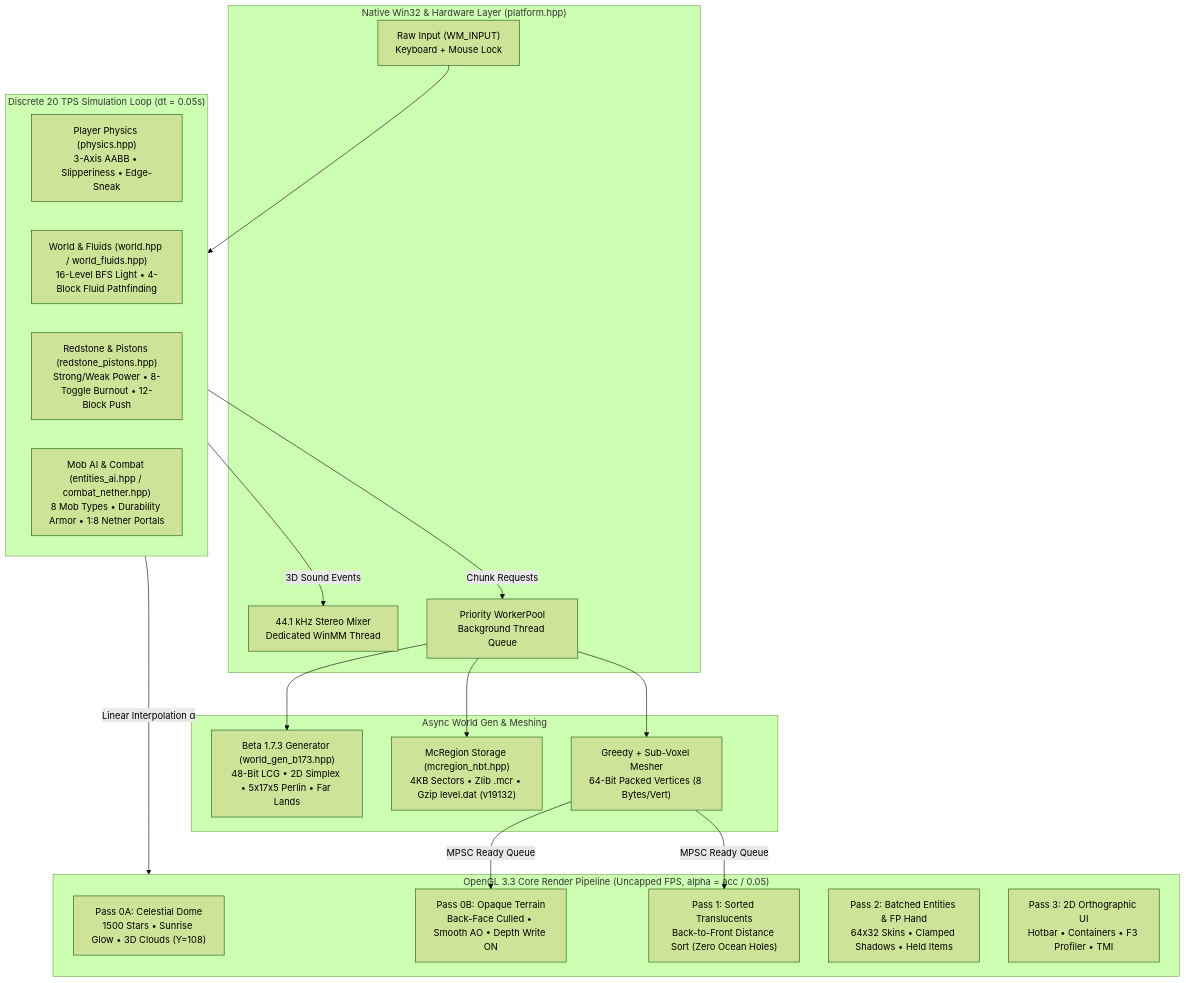
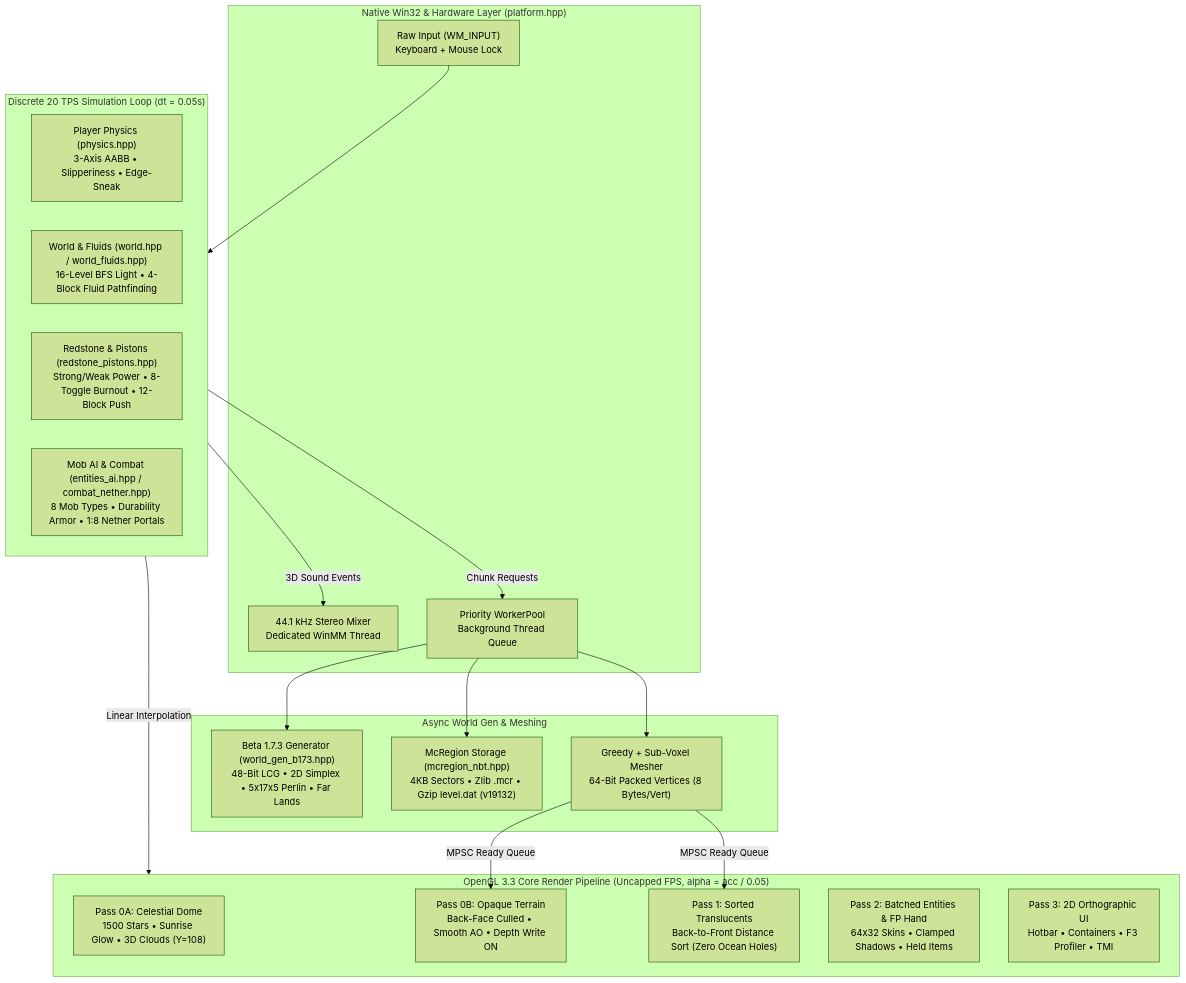
Before and after one commit to laaasoomaa279/MC-b173-Cpp-Engine: the first of 2 diagrams in README.md, drawn with Mermaid (forest theme).

Commit message:
Fix typo in Linear Interpolation description

````diff
--- a/README.md
+++ b/README.md
@@ -41,37 +41,37 @@
 ```mermaid
 flowchart TB
     subgraph WIN32[" Native Win32 & Hardware Layer (platform.hpp)"]
         INPUT[" Raw Input (WM_INPUT)\nKeyboard + Mouse Lock"]
         AUDIO[" 44.1 kHz Stereo Mixer\nDedicated WinMM Thread"]
         WPOOL[" Priority WorkerPool\nBackground Thread Queue"]
     end
 
     subgraph SIM[" Discrete 20 TPS Simulation Loop (dt = 0.05s)"]
         PHY[" Player Physics (physics.hpp)\n3-Axis AABB • Slipperiness • Edge-Sneak"]
         WLD[" World & Fluids (world.hpp / world_fluids.hpp)\n16-Level BFS Light • 4-Block Fluid Pathfinding"]
         RED[" Redstone & Pistons (redstone_pistons.hpp)\nStrong/Weak Power • 8-Toggle Burnout • 12-Block Push"]
         ENT[" Mob AI & Combat (entities_ai.hpp / combat_nether.hpp)\n8 Mob Types • Durability Armor • 1:8 Nether Portals"]
     end
 
     subgraph GEN[" Async World Gen & Meshing"]
         NOISE[" Beta 1.7.3 Generator (world_gen_b173.hpp)\n48-Bit LCG • 2D Simplex • 5x17x5 Perlin • Far Lands"]
         MCR[" McRegion Storage (mcregion_nbt.hpp)\n4KB Sectors • Zlib .mcr • Gzip level.dat (v19132)"]
         MESH[" Greedy + Sub-Voxel Mesher\n64-Bit Packed Vertices (8 Bytes/Vert)"]
     end
 
     subgraph GPU[" OpenGL 3.3 Core Render Pipeline (Uncapped FPS, alpha = acc / 0.05)"]
         SKY[" Pass 0A: Celestial Dome\n1500 Stars • Sunrise Glow • 3D Clouds (Y=108)"]
         OPQ[" Pass 0B: Opaque Terrain\nBack-Face Culled • Smooth AO • Depth Write ON"]
         TRN[" Pass 1: Sorted Translucents\nBack-to-Front Distance Sort (Zero Ocean Holes)"]
          BatchedEnt[" Pass 2: Batched Entities & FP Hand\n64x32 Skins • Clamped Shadows • Held Items"]
         HUD[" Pass 3: 2D Orthographic UI\nHotbar • Containers • F3 Profiler • TMI"]
     end
 
     INPUT --> SIM
     SIM -->|Chunk Requests| WPOOL
     WPOOL --> NOISE & MCR & MESH
     MESH -->|MPSC Ready Queue| OPQ & TRN
-    SIM -->|Linear Interpolation α | GPU
+    SIM -->|Linear Interpolation| GPU
     SIM -->|3D Sound Events| AUDIO
 
 ```
````
